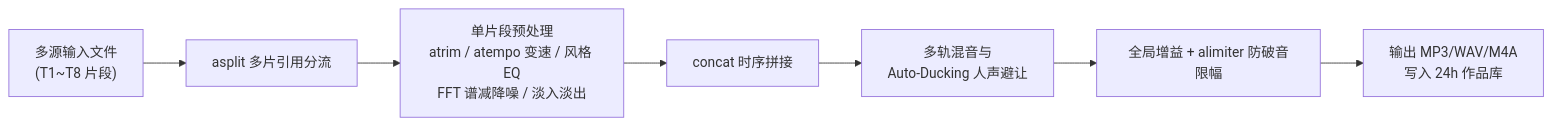
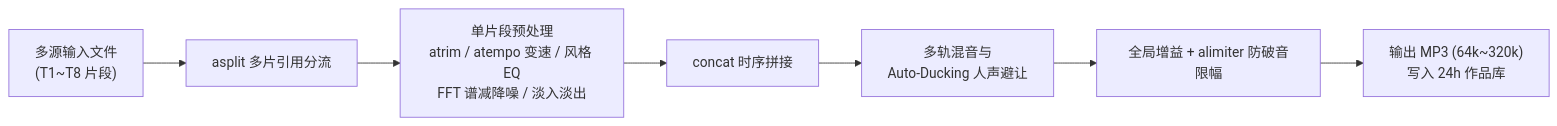
The third of 3 diagrams in README.md (NanQiaoMi/wechat-audio-toolkit), drawn with Mermaid before and after one commit.

Commit message:
docs(readme): clarify editor render output is MP3-only in Mermaid diagram

````diff
--- a/README.md
+++ b/README.md
@@ -90,9 +90,9 @@
 ```mermaid
 flowchart LR
     Src["多源输入文件<br/>(T1~T8 片段)"] --> Split["asplit 多片引用分流"]
     Split --> ClipFX["单片段预处理<br/>atrim / atempo 变速 / 风格 EQ<br/>FFT 谱减降噪 / 淡入淡出"]
     ClipFX --> Concat["concat 时序拼接"]
     Concat --> Duck["多轨混音与<br/>Auto-Ducking 人声避让"]
     Duck --> Master["全局增益 + alimiter 防破音限幅"]
-    Master --> Out["输出 MP3/WAV/M4A<br/>写入 24h 作品库"]
+    Master --> Out["输出 MP3 (64k~320k)<br/>写入 24h 作品库"]
 ```
````
